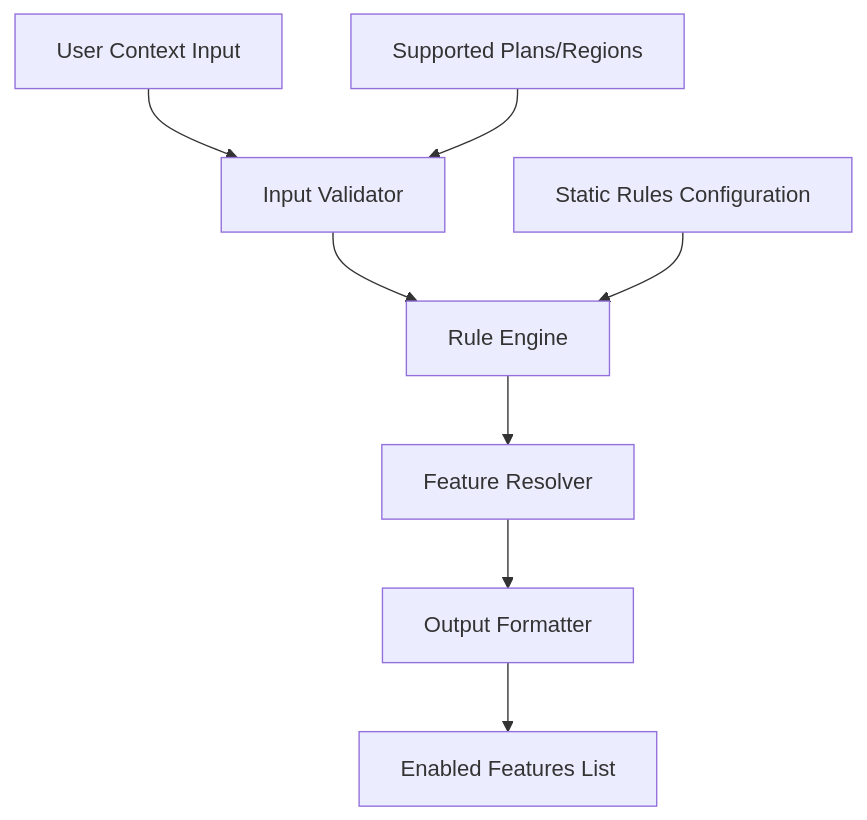
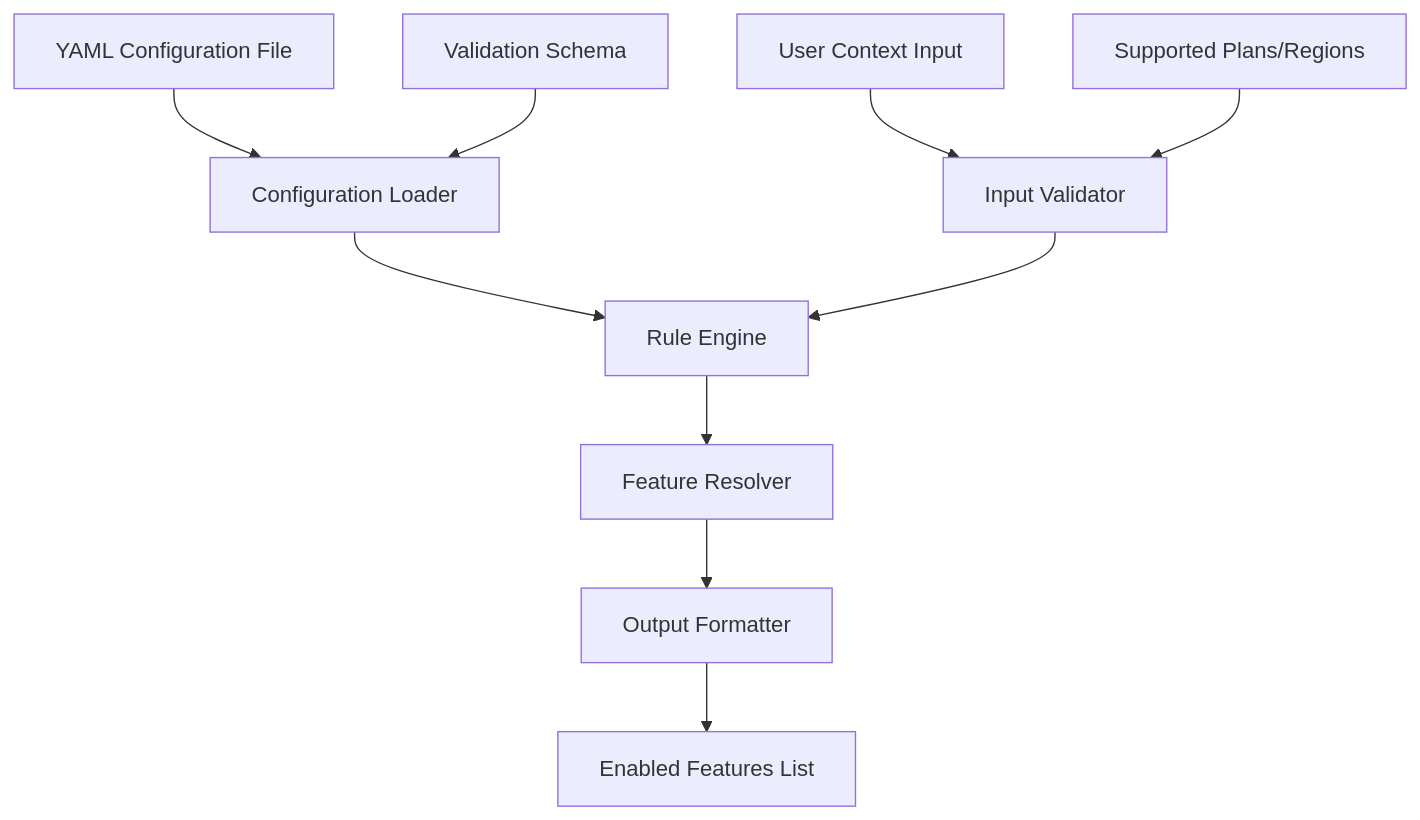
The diagram in .kiro/specs/feature-flag-evaluator/design.md (Derek-Ashmore/feature-flag-rules-kiro), drawn with Mermaid before and after one commit. The commit also changed other lines of this file and 2 other files, not shown here.

Commit message:
Configuration feature spec, design, and plan (#4)

````diff
--- a/.kiro/specs/feature-flag-evaluator/design.md
+++ b/.kiro/specs/feature-flag-evaluator/design.md
@@ -19,11 +20,13 @@
 ```mermaid
 graph TD
-    A[User Context Input] --> B[Input Validator]
+    A[YAML Configuration File] --> B[Configuration Loader]
     B --> C[Rule Engine]
-    C --> D[Feature Resolver]
-    D --> E[Output Formatter]
-    E --> F[Enabled Features List]
+    D[User Context Input] --> E[Input Validator]
+    E --> C
+    C --> F[Feature Resolver]
+    F --> G[Output Formatter]
+    G --> H[Enabled Features List]
     
-    G[Static Rules Configuration] --> C
-    H[Supported Plans/Regions] --> B
+    I[Validation Schema] --> B
+    J[Supported Plans/Regions] --> E
 ```
````
